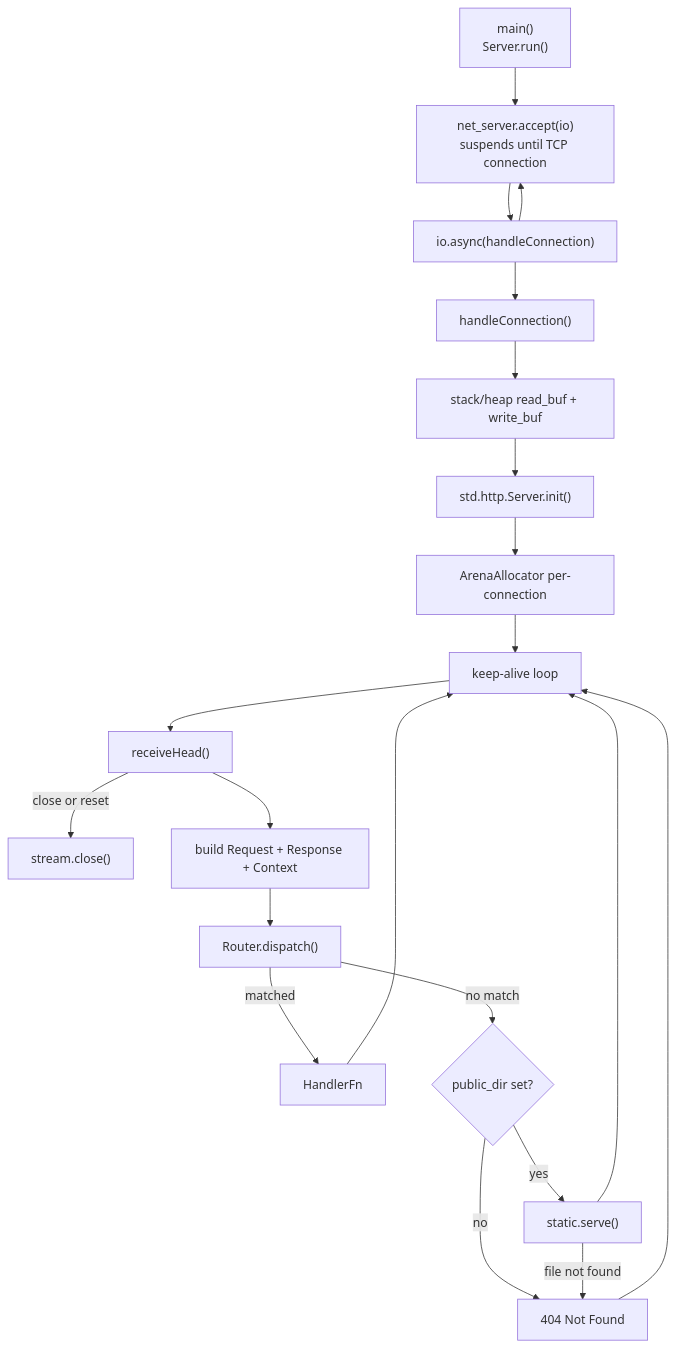
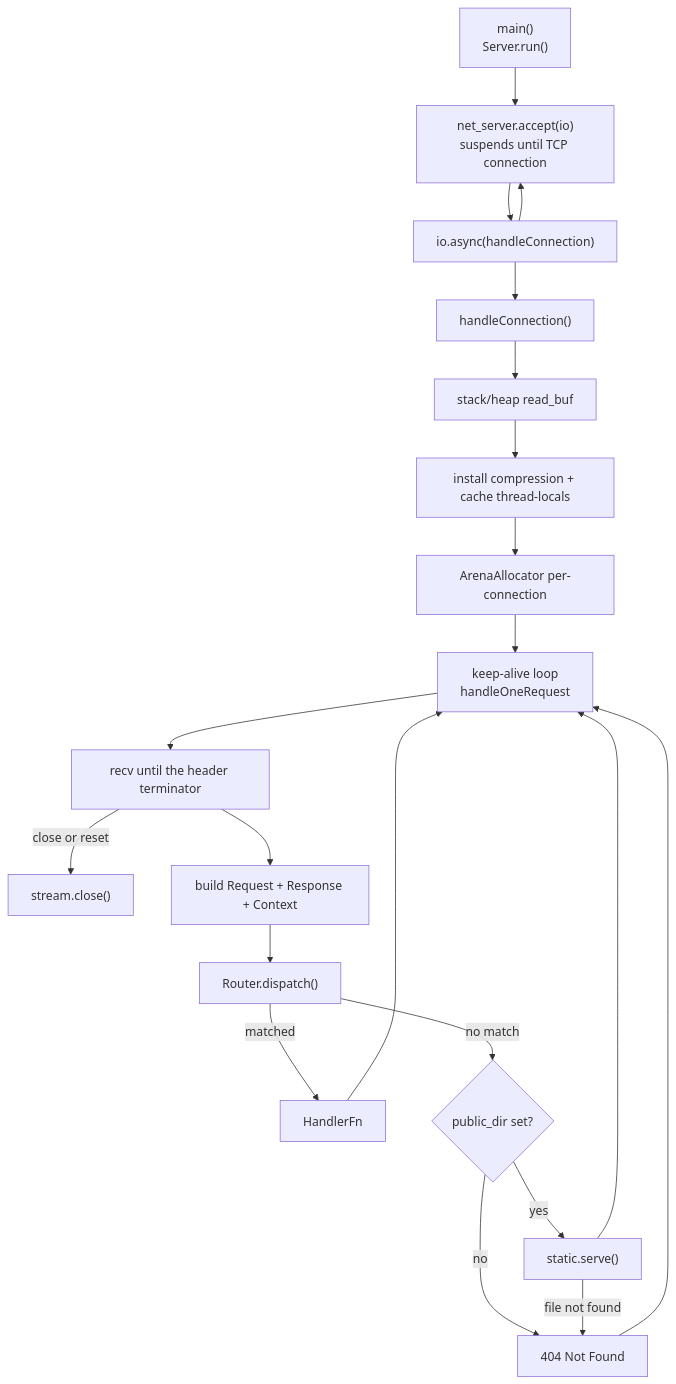
The first of 12 diagrams in docs/hld-http-en.md (prothegee/zix), drawn with Mermaid before and after one commit. The commit also changed other lines of this file, not shown here.

Commit message:
refresh http hld request view and async flow

````diff
--- a/docs/hld-http-en.md
+++ b/docs/hld-http-en.md
@@ -30,23 +30,23 @@
 ```mermaid
 flowchart TD
     MAIN["main()\nServer.run()"] --> D["net_server.accept(io)\nsuspends until TCP connection"]
     D --> E["io.async(handleConnection)"]
     E --> D
     E --> F["handleConnection()"]
-    F --> G["stack/heap read_buf + write_buf"]
-    G --> H["std.http.Server.init()"]
+    F --> G["stack/heap read_buf"]
+    G --> H["install compression + cache thread-locals"]
     H --> I["ArenaAllocator per-connection"]
-    I --> J["keep-alive loop"]
-    J --> K["receiveHead()"]
+    I --> J["keep-alive loop\nhandleOneRequest"]
+    J --> K["recv until the header terminator"]
     K -->|close or reset| Z["stream.close()"]
     K --> L["build Request + Response + Context"]
     L --> M["Router.dispatch()"]
     M -->|matched| N["HandlerFn"]
     M -->|no match| O{"public_dir set?"}
     O -->|yes| P["static.serve()"]
     O -->|no| Q["404 Not Found"]
     P -->|file not found| Q
     N --> J
     P --> J
     Q --> J
 ```
````
